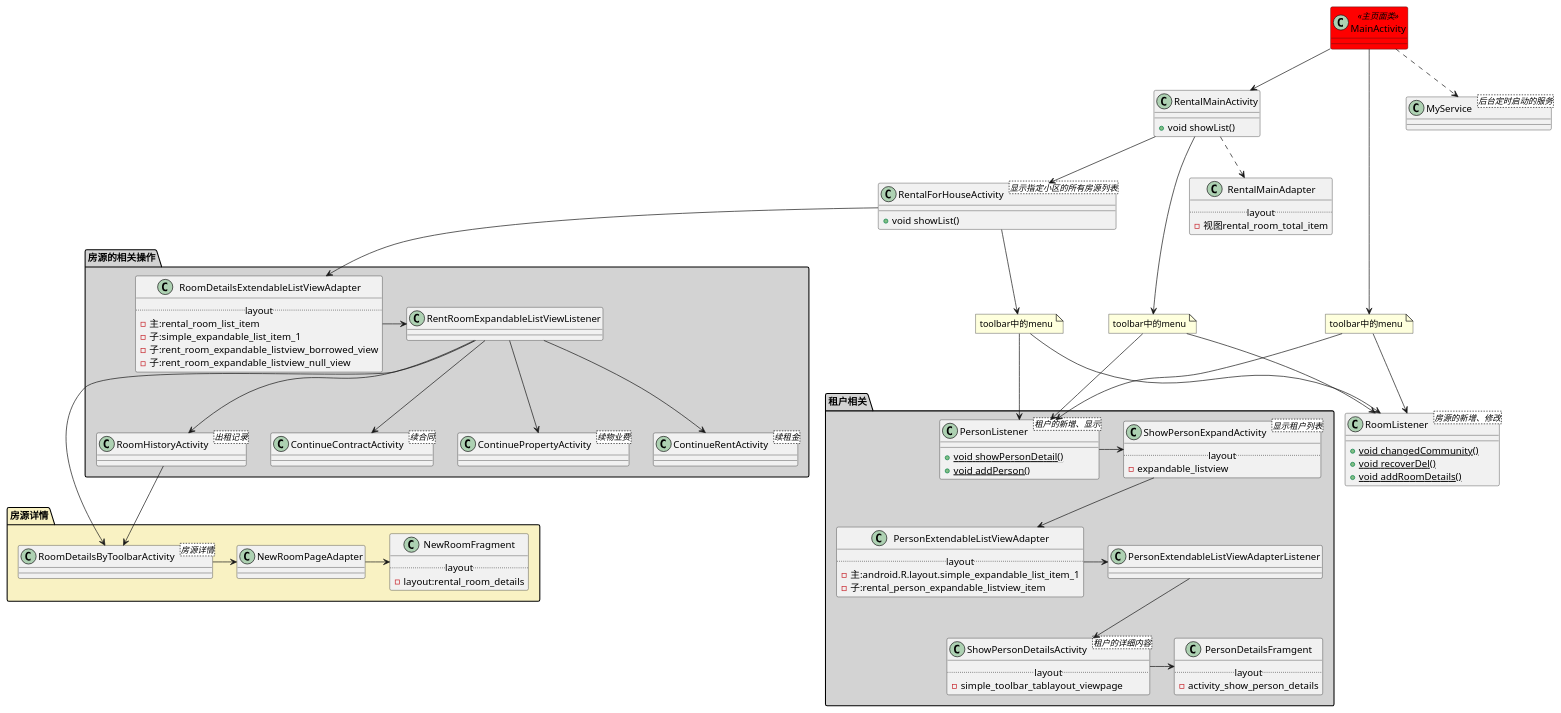
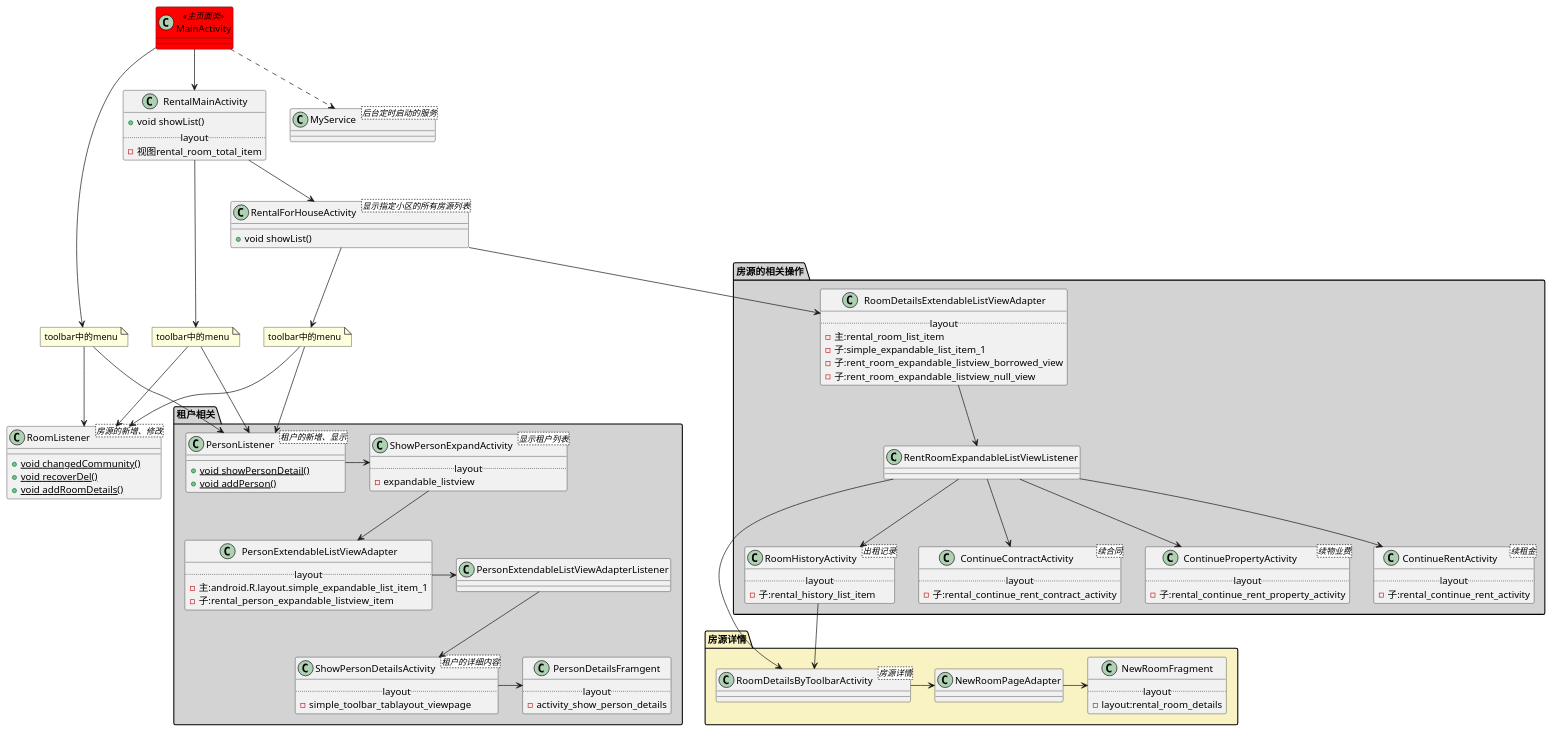
One commit to inview1980/Android changed the diagram in app/UML/系统流程图-房租.puml. Above: the diagram before and after it, drawn with PlantUML. The commit also changed 17 other files, not shown here.

```diff
--- a/app/UML/系统流程图-房租.puml
+++ b/app/UML/系统流程图-房租.puml
@@ -1,116 +1,126 @@
 @startuml
 class MainActivity<<主页面类>> #red{}
 
 class RentalMainActivity{
     + void showList()
+    ..layout..
+        -视图rental_room_total_item
 }
 class MyService<后台定时启动的服务>{}
-class RentalMainAdapter{
-    ..layout..
-    -视图rental_room_total_item
-}
+
 class RentalForHouseActivity<显示指定小区的所有房源列表>{
     + void showList()
 }
 package  房源的相关操作 #LightGray{
     class RoomDetailsExtendableListViewAdapter{
         ..layout..
         -主:rental_room_list_item
         -子:simple_expandable_list_item_1
         -子:rent_room_expandable_listview_borrowed_view
         -子:rent_room_expandable_listview_null_view
     }
     class RentRoomExpandableListViewListener{}
-    class RoomHistoryActivity<出租记录>{}
-    class ContinueContractActivity<续合同>{}
-    class ContinuePropertyActivity<续物业费>{}
-    class ContinueRentActivity<续租金>{}
+    class RoomHistoryActivity<出租记录>{
+        ..layout..
+        -子:rental_history_list_item
+    }
+    class ContinueContractActivity<续合同>{
+        ..layout..
+        -子:rental_continue_rent_contract_activity
+    }
+    class ContinuePropertyActivity<续物业费>{
+        ..layout..
+        -子:rental_continue_rent_property_activity
+    }
+    class ContinueRentActivity<续租金>{
+            ..layout..
+            -子:rental_continue_rent_activity
+    }
 
-    RoomDetailsExtendableListViewAdapter->RentRoomExpandableListViewListener
+    RoomDetailsExtendableListViewAdapter-->RentRoomExpandableListViewListener
 
     RentRoomExpandableListViewListener-->RoomHistoryActivity
     RentRoomExpandableListViewListener-->ContinueContractActivity
     RentRoomExpandableListViewListener-->ContinuePropertyActivity
     RentRoomExpandableListViewListener-->ContinueRentActivity
 }
 
 package  租户相关 #LightGray{
     class PersonListener<租户的新增、显示>{
         +{static} void showPersonDetail()
         +{static} void addPerson()
     }
     class ShowPersonExpandActivity<显示租户列表>{
     ..layout..
         -expandable_listview
     }
     class PersonExtendableListViewAdapter{
         ..layout..
         -主:android.R.layout.simple_expandable_list_item_1
         -子:rental_person_expandable_listview_item
     }
     class PersonExtendableListViewAdapterListener{}
     class ShowPersonDetailsActivity<租户的详细内容>{
         ..layout..
         -simple_toolbar_tablayout_viewpage
     }
     class PersonDetailsFramgent{
          ..layout..
         -activity_show_person_details
     }
 
     PersonListener->ShowPersonExpandActivity
     ShowPersonExpandActivity-->PersonExtendableListViewAdapter
     PersonExtendableListViewAdapter->PersonExtendableListViewAdapterListener
     PersonExtendableListViewAdapterListener-->ShowPersonDetailsActivity
     ShowPersonDetailsActivity->PersonDetailsFramgent
 }
 
 class RoomListener<房源的新增、修改>{
     +{static} void changedCommunity()
     +{static} void recoverDel()
     +{static} void addRoomDetails()
 }
 
 
 package  房源详情 #f9f2c3{
     class RoomDetailsByToolbarActivity<房源详情>{}
     class NewRoomPageAdapter{}
     class NewRoomFragment{
         ..layout..
         -layout:rental_room_details
     }
     RoomDetailsByToolbarActivity->NewRoomPageAdapter
     NewRoomPageAdapter->NewRoomFragment
 }
 
 
 
 note "toolbar中的menu" as menu1
 note "toolbar中的menu" as menu2
 note "toolbar中的menu" as menu3
 
 MainActivity ..>MyService
 
 MainActivity-->RentalMainActivity
-RentalMainActivity..>RentalMainAdapter
 
 RentalMainActivity-->menu2
 menu2-->PersonListener
 menu2-->RoomListener
 
 MainActivity-->menu1
 menu1-->PersonListener
 menu1-->RoomListener
 
 RentalMainActivity-->RentalForHouseActivity
 RentalForHouseActivity-->RoomDetailsExtendableListViewAdapter
 
 RentalForHouseActivity-->menu3
 menu3-->PersonListener
 menu3-->RoomListener
 
 RentRoomExpandableListViewListener-->RoomDetailsByToolbarActivity
 
 RoomHistoryActivity-->RoomDetailsByToolbarActivity
 
 @enduml
```
